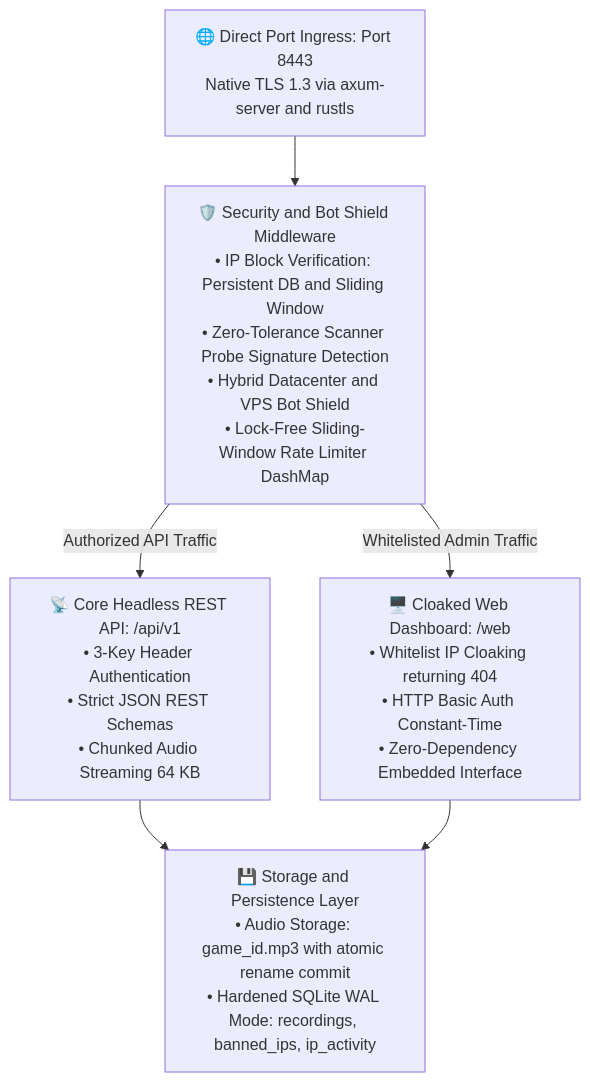
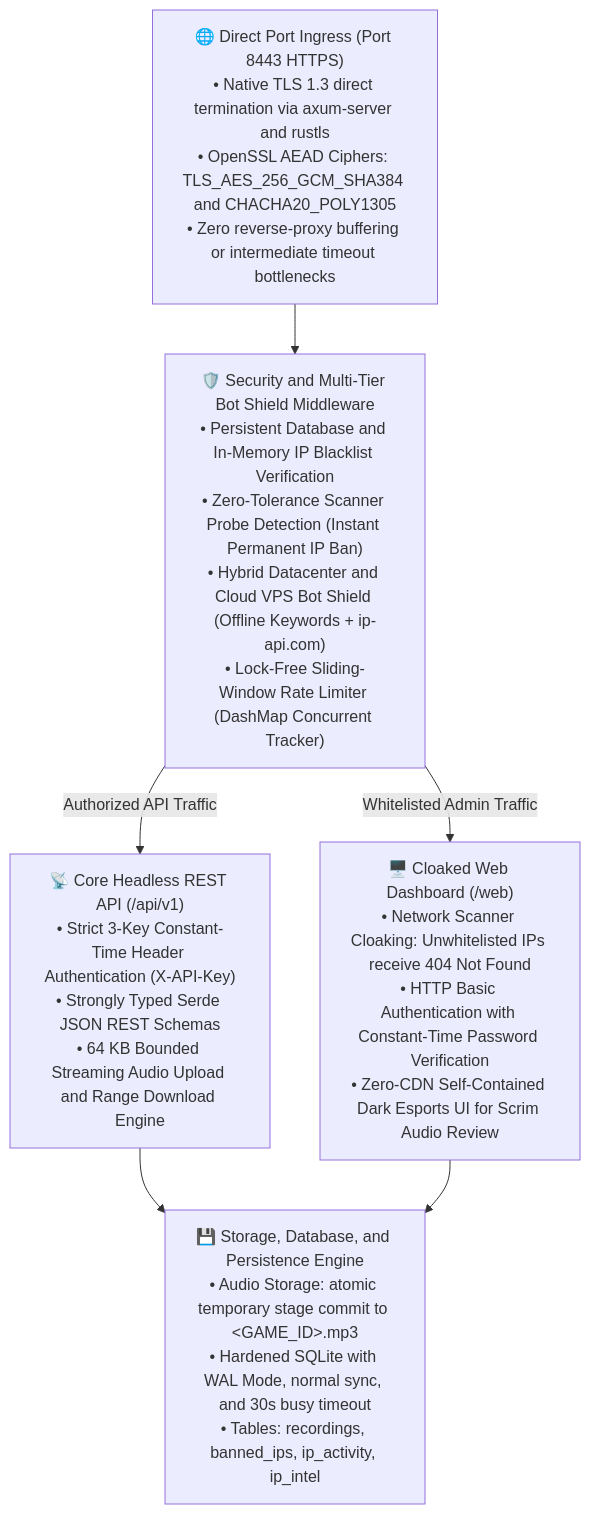
One commit to betterix/league-voice-recorder-backend changed the diagram in docs/ARCHITECTURE.md. Above: the diagram before and after it, drawn with Mermaid. The commit also changed other lines of this file and 1 other file, not shown here.

Commit message:
docs: enrich architecture and audio pipeline technical specifications

````diff
--- a/docs/ARCHITECTURE.md
+++ b/docs/ARCHITECTURE.md
@@ -9,18 +9,18 @@
 ```mermaid
 flowchart TD
-    Ingress["🌐 Direct Port Ingress: Port 8443<br/>Native TLS 1.3 via axum-server and rustls"]
+    Ingress["🌐 Direct Port Ingress (Port 8443 HTTPS)<br/>• Native TLS 1.3 direct termination via axum-server and rustls<br/>• OpenSSL AEAD Ciphers: TLS_AES_256_GCM_SHA384 and CHACHA20_POLY1305<br/>• Zero reverse-proxy buffering or intermediate timeout bottlenecks"]
     
-    Security["🛡️ Security and Bot Shield Middleware<br/>• IP Block Verification: Persistent DB and Sliding Window<br/>• Zero-Tolerance Scanner Probe Signature Detection<br/>• Hybrid Datacenter and VPS Bot Shield<br/>• Lock-Free Sliding-Window Rate Limiter DashMap"]
+    Security["🛡️ Security and Multi-Tier Bot Shield Middleware<br/>• Persistent Database and In-Memory IP Blacklist Verification<br/>• Zero-Tolerance Scanner Probe Detection (Instant Permanent IP Ban)<br/>• Hybrid Datacenter and Cloud VPS Bot Shield (Offline Keywords + ip-api.com)<br/>• Lock-Free Sliding-Window Rate Limiter (DashMap Concurrent Tracker)"]
     
-    API["📡 Core Headless REST API: /api/v1<br/>• 3-Key Header Authentication<br/>• Strict JSON REST Schemas<br/>• Chunked Audio Streaming 64 KB"]
+    API["📡 Core Headless REST API (/api/v1)<br/>• Strict 3-Key Constant-Time Header Authentication (X-API-Key)<br/>• Strongly Typed Serde JSON REST Schemas<br/>• 64 KB Bounded Streaming Audio Upload and Range Download Engine"]
     
-    Web["🖥️ Cloaked Web Dashboard: /web<br/>• Whitelist IP Cloaking returning 404<br/>• HTTP Basic Auth Constant-Time<br/>• Zero-Dependency Embedded Interface"]
+    Web["🖥️ Cloaked Web Dashboard (/web)<br/>• Network Scanner Cloaking: Unwhitelisted IPs receive 404 Not Found<br/>• HTTP Basic Authentication with Constant-Time Password Verification<br/>• Zero-CDN Self-Contained Dark Esports UI for Scrim Audio Review"]
     
-    Storage["💾 Storage and Persistence Layer<br/>• Audio Storage: game_id.mp3 with atomic rename commit<br/>• Hardened SQLite WAL Mode: recordings, banned_ips, ip_activity"]
+    Storage["💾 Storage, Database, and Persistence Engine<br/>• Audio Storage: atomic temporary stage commit to &lt;GAME_ID&gt;.mp3<br/>• Hardened SQLite with WAL Mode, normal sync, and 30s busy timeout<br/>• Tables: recordings, banned_ips, ip_activity, ip_intel"]
 
     Ingress --> Security
     Security -->|Authorized API Traffic| API
     Security -->|Whitelisted Admin Traffic| Web
     API --> Storage
     Web --> Storage
 ```
````
